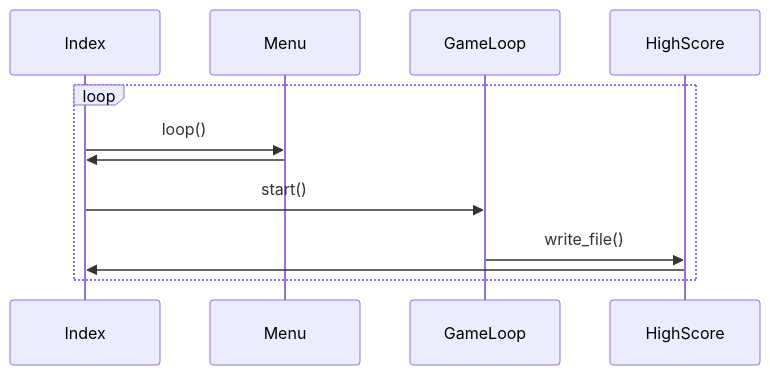
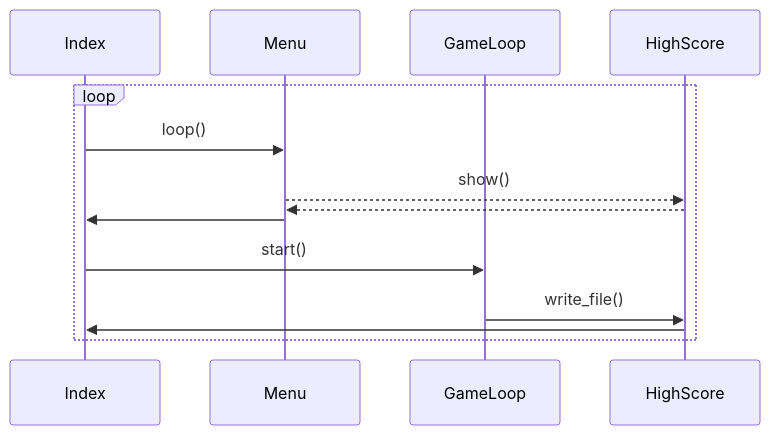
The second of 2 diagrams in dokumentaatio/arkkitehtuuri.md (VilleJuhan1/ot-harjoitustyo), drawn with Mermaid before and after one commit.

Commit message:
Perfecting it..?

````diff
--- a/dokumentaatio/arkkitehtuuri.md
+++ b/dokumentaatio/arkkitehtuuri.md
@@ -22,14 +22,16 @@
 ```mermaid
 sequenceDiagram
     participant Index
     participant Menu
     participant GameLoop
     participant HighScore
     loop
     Index->>Menu: loop()
+    Menu-->>HighScore: show()
+    HighScore-->>Menu: 
     Menu->>Index: 
     Index->>GameLoop: start()
     GameLoop->>HighScore: write_file()
     HighScore->>Index: 
     end
 ```
````
